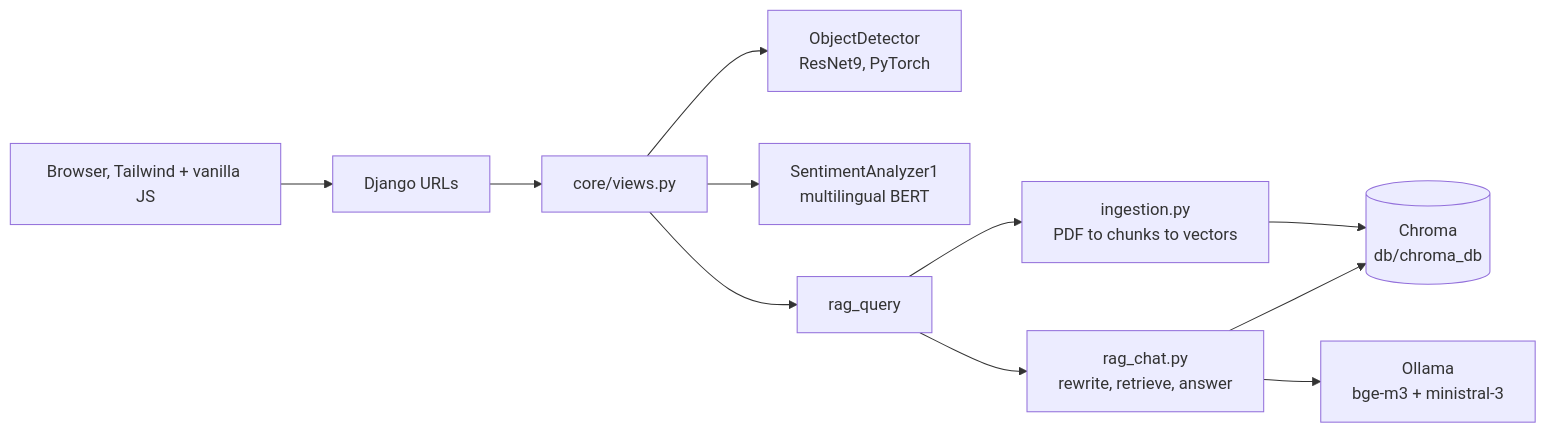
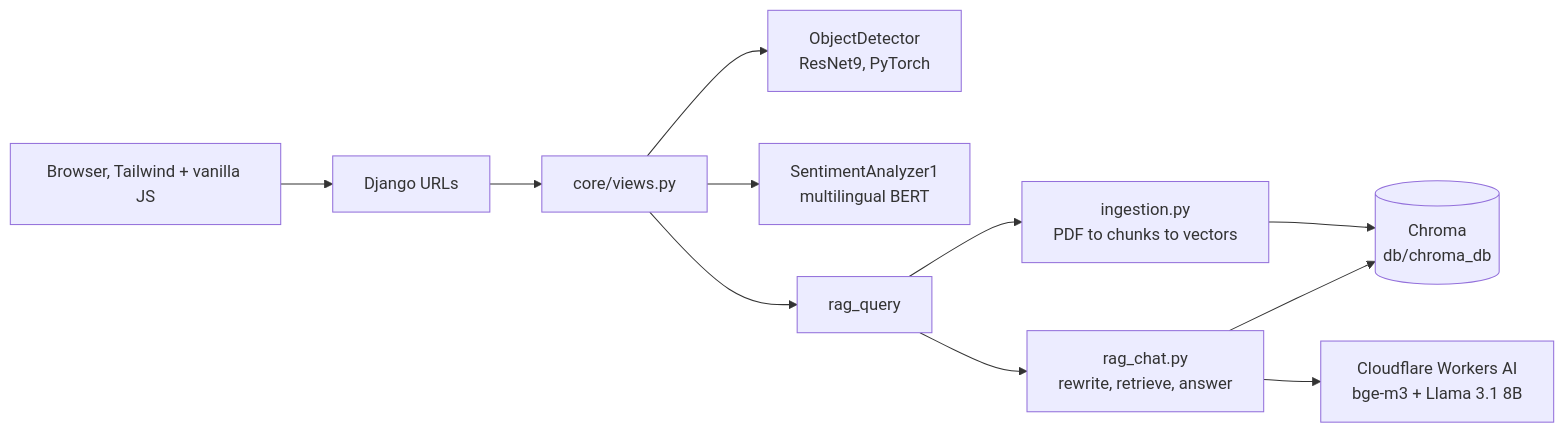
One commit to hakimLyon/E-VIE-chatbot changed the diagram in README.md. Above: the diagram before and after it, drawn with Mermaid. The commit also changed other lines of this file and 20 other files, not shown here.

````diff
--- a/README.md
+++ b/README.md
@@ -20,13 +20,13 @@
 ```mermaid
 flowchart LR
     B[Browser, Tailwind + vanilla JS] --> U[Django URLs]
     U --> V[core/views.py]
     V --> D[ObjectDetector<br/>ResNet9, PyTorch]
     V --> S[SentimentAnalyzer1<br/>multilingual BERT]
     V --> R[rag_query]
     R --> I[ingestion.py<br/>PDF to chunks to vectors]
     R --> Q[rag_chat.py<br/>rewrite, retrieve, answer]
     I --> C[(Chroma<br/>db/chroma_db)]
     Q --> C
-    Q --> O[Ollama<br/>bge-m3 + ministral-3]
+    Q --> O[Cloudflare Workers AI<br/>bge-m3 + Llama 3.1 8B]
 ```
````
